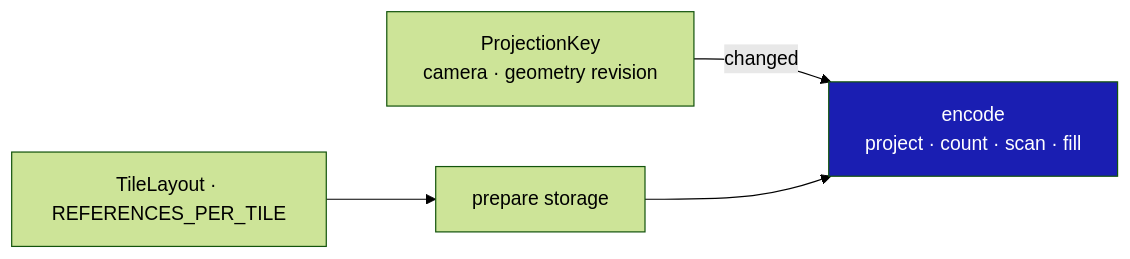
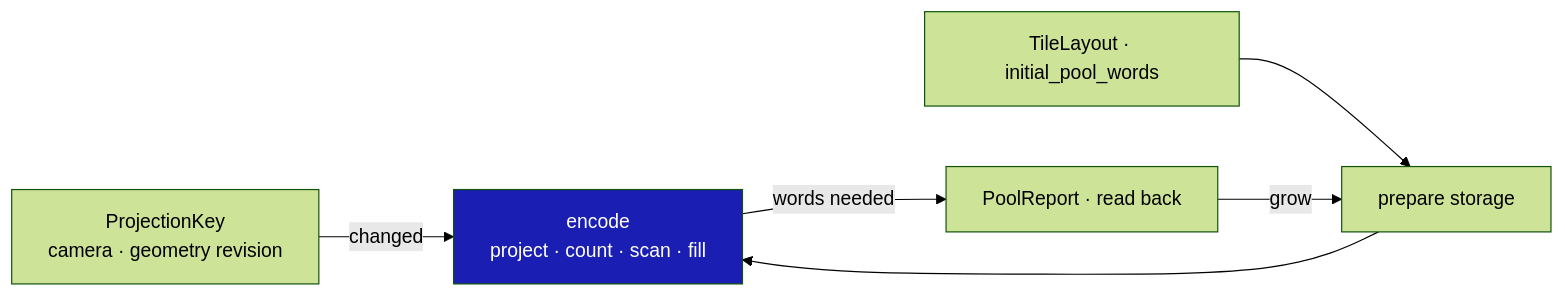
One commit to petrasvestartas/session changed the eighth of 18 diagrams in session_viewer/docs/18-finite-visibility.md. Above: the diagram before and after it, drawn with Mermaid (forest theme). The commit also changed other lines of this file and 37 other files, not shown here.

````diff
--- a/session_viewer/docs/18-finite-visibility.md
+++ b/session_viewer/docs/18-finite-visibility.md
@@ -154,7 +154,9 @@
 ```mermaid
 flowchart LR
     K["ProjectionKey<br/>camera · geometry revision"] -- "changed" --> E["encode<br/>project · count · scan · fill"]
-    L["TileLayout · REFERENCES_PER_TILE"] --> P["prepare storage"]
+    L["TileLayout · initial_pool_words"] --> P["prepare storage"]
     P --> E
+    E -- "words needed" --> R["PoolReport · read back"]
+    R -- "grow" --> P
     style E fill:#1a1eb2,color:#fff
 ```
````
